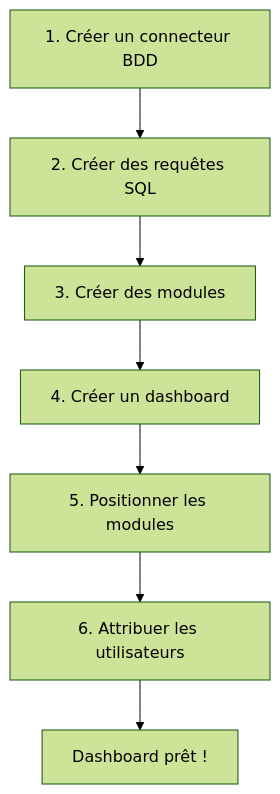
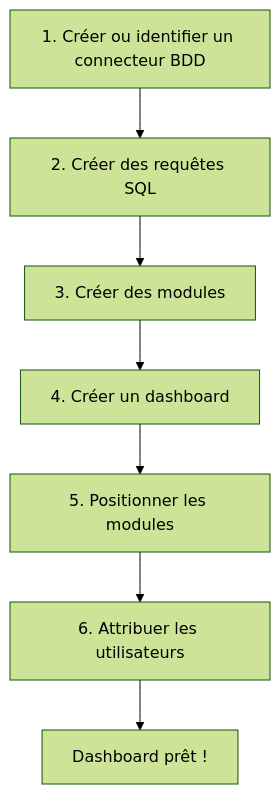
The diagram in builder/index.md (cfd-innovation/syd), drawn with Mermaid (forest theme) before and after one commit. The commit also changed other lines of this file and 9 other files, not shown here.

````diff
--- a/builder/index.md
+++ b/builder/index.md
@@ -51,9 +49,9 @@
 ```mermaid
 graph TD
-    A[1. Créer un connecteur BDD] --> B[2. Créer des requêtes SQL]
+    A[1. Créer ou identifier un connecteur BDD] --> B[2. Créer des requêtes SQL]
     B --> C[3. Créer des modules]
     C --> D[4. Créer un dashboard]
     D --> E[5. Positionner les modules]
     E --> F[6. Attribuer les utilisateurs]
     F --> G[Dashboard prêt !]
 ```
````
